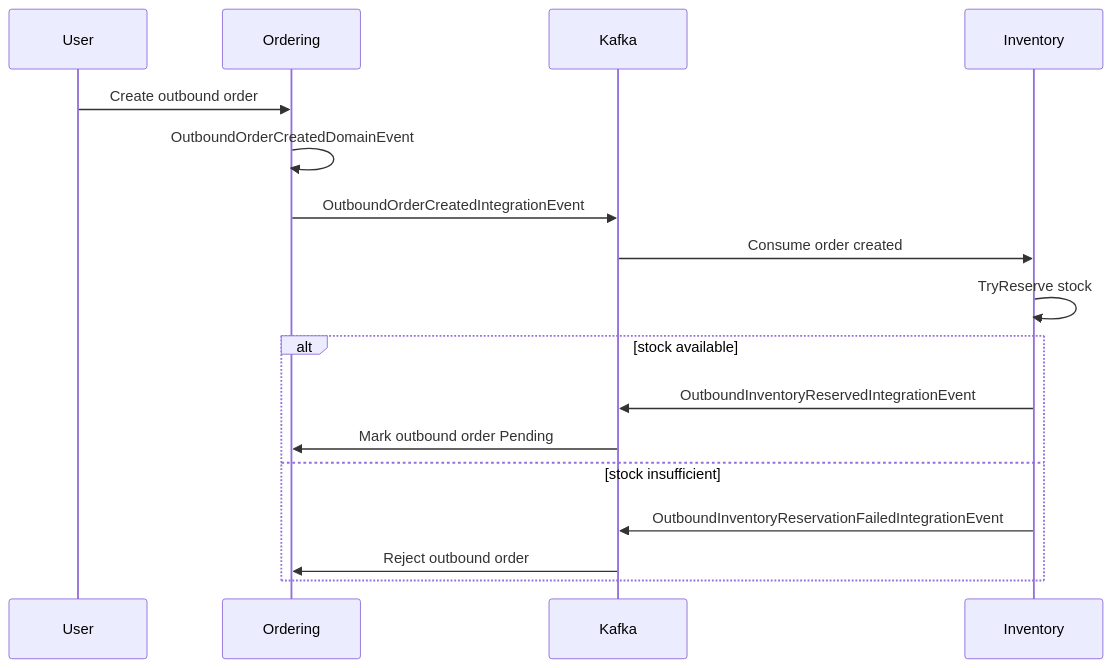
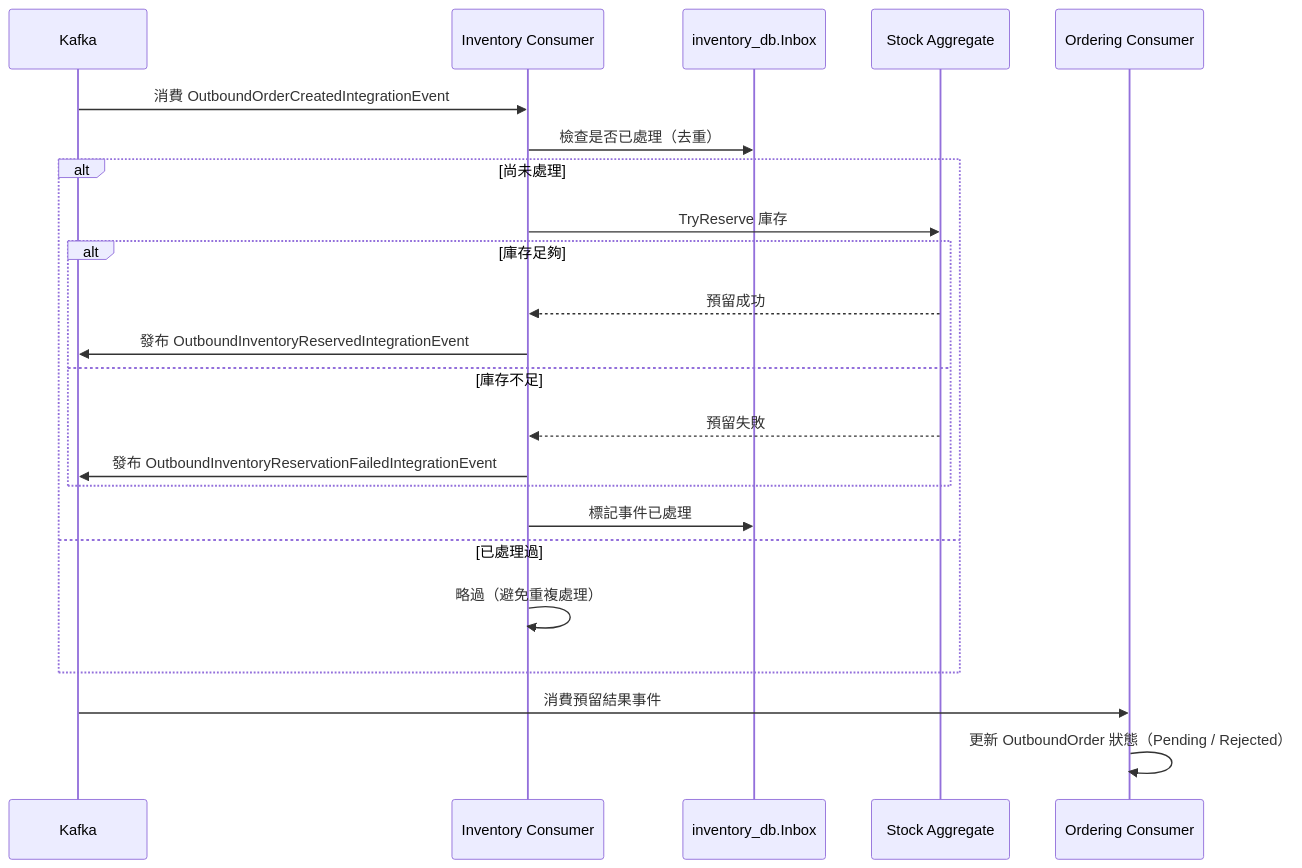
Before and after one commit to DavidChen617/ims: the third of 3 diagrams in src/Microservices/README.md, drawn with Mermaid. The commit also changed other lines of this file and 2 other files, not shown here.

````diff
--- a/src/Microservices/README.md
+++ b/src/Microservices/README.md
@@ -103,20 +134,26 @@
 ```mermaid
 sequenceDiagram
-  participant User
-  participant Ordering
   participant Kafka
-  participant Inventory
+  participant IC as Inventory Consumer
+  participant Inbox as inventory_db.Inbox
+  participant Agg as Stock Aggregate
+  participant OC as Ordering Consumer
 
-  User->>Ordering: Create outbound order
-  Ordering->>Ordering: OutboundOrderCreatedDomainEvent
-  Ordering->>Kafka: OutboundOrderCreatedIntegrationEvent
-  Kafka->>Inventory: Consume order created
-  Inventory->>Inventory: TryReserve stock
-  alt stock available
-    Inventory->>Kafka: OutboundInventoryReservedIntegrationEvent
-    Kafka->>Ordering: Mark outbound order Pending
-  else stock insufficient
-    Inventory->>Kafka: OutboundInventoryReservationFailedIntegrationEvent
-    Kafka->>Ordering: Reject outbound order
+  Kafka->>IC: 消費 OutboundOrderCreatedIntegrationEvent
+  IC->>Inbox: 檢查是否已處理（去重）
+  alt 尚未處理
+    IC->>Agg: TryReserve 庫存
+    alt 庫存足夠
+      Agg-->>IC: 預留成功
+      IC->>Kafka: 發布 OutboundInventoryReservedIntegrationEvent
+    else 庫存不足
+      Agg-->>IC: 預留失敗
+      IC->>Kafka: 發布 OutboundInventoryReservationFailedIntegrationEvent
+    end
+    IC->>Inbox: 標記事件已處理
+  else 已處理過
+    IC->>IC: 略過（避免重複處理）
   end
+  Kafka->>OC: 消費預留結果事件
+  OC->>OC: 更新 OutboundOrder 狀態（Pending / Rejected）
 ```
````
